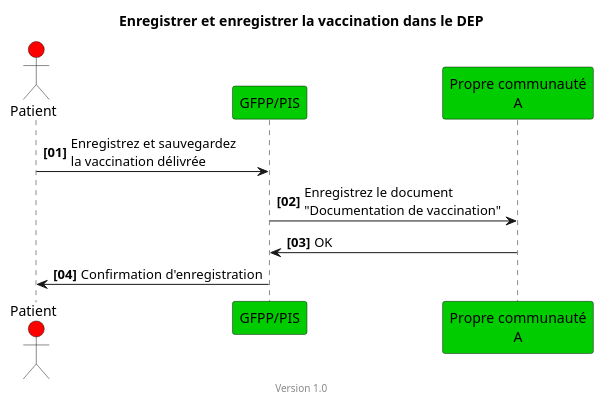
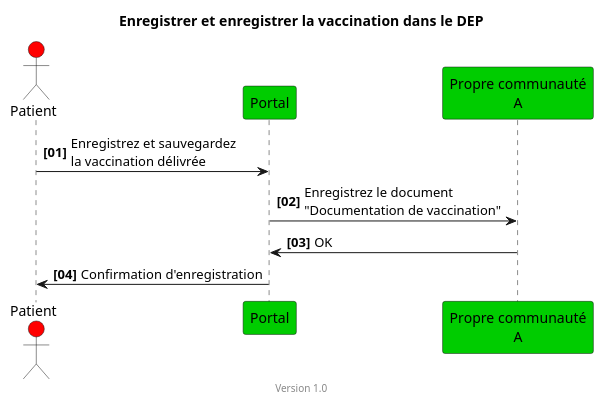
One commit to hl7ch/ch-vacd changed the diagram in input/images-source/epd-immunizationadmin-vaccination-doc-simple-patient-fr.plantuml. Above: the diagram before and after it, drawn with PlantUML. The commit also changed 11 other files, not shown here.

Commit message:
#194 precise and fix the sequence diagrams. remove pseudonomise and change GFPP/PIS for patient to Portal

```diff
--- a/input/images-source/epd-immunizationadmin-vaccination-doc-simple-patient-fr.plantuml
+++ b/input/images-source/epd-immunizationadmin-vaccination-doc-simple-patient-fr.plantuml
@@ -1,18 +1,18 @@
 @startuml
 title Enregistrer et enregistrer la vaccination dans le DEP
 footer Version 1.0
 skinparam responseMessageBelowArrow true
 scale max 800 width
 
 actor Patient #red
-participant "GFPP/PIS" #00CC00
+participant "Portal" #00CC00
 participant "Propre communauté\nA" #00CC00
 
 autonumber "<b>[00]"
-Patient -> "GFPP/PIS": Enregistrez et sauvegardez\nla vaccination délivrée
-"GFPP/PIS" -> "Propre communauté\nA": Enregistrez le document\n"Documentation de vaccination"
-"Propre communauté\nA" -> "GFPP/PIS": OK
+Patient -> "Portal": Enregistrez et sauvegardez\nla vaccination délivrée
+"Portal" -> "Propre communauté\nA": Enregistrez le document\n"Documentation de vaccination"
+"Propre communauté\nA" -> "Portal": OK
 
-"GFPP/PIS" -> Patient: Confirmation d'enregistration
+"Portal" -> Patient: Confirmation d'enregistration
 
 @enduml
```
